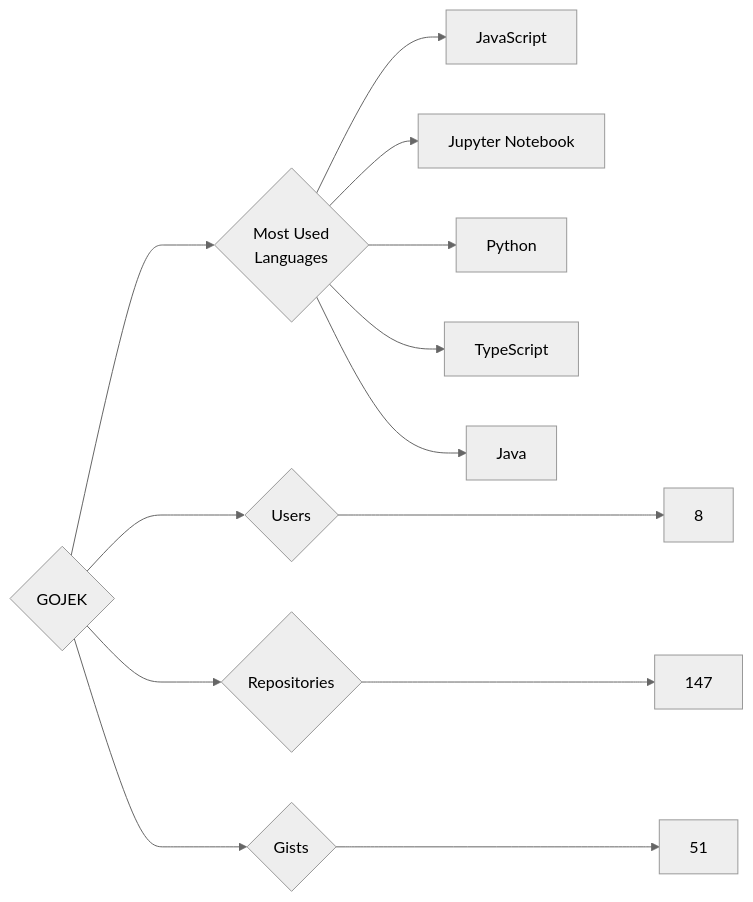
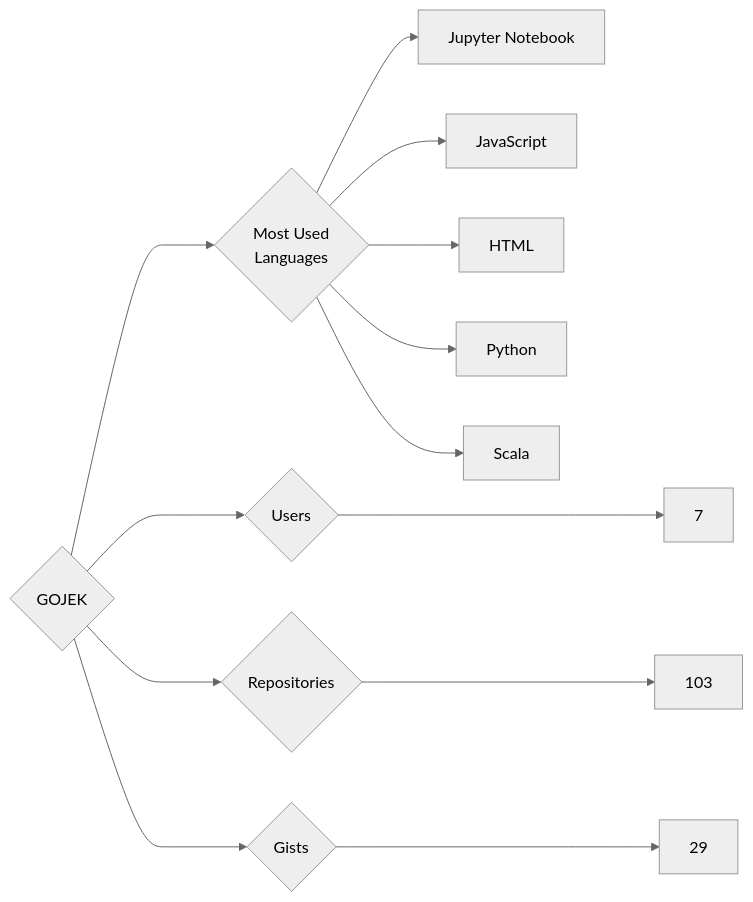
The diagram in targets/GOJEK/README.md (trickest/insiders), drawn with Mermaid (neutral theme) before and after one commit. The commit also changed 1141 other files, not shown here.

````diff
--- a/targets/GOJEK/README.md
+++ b/targets/GOJEK/README.md
@@ -3,13 +3,13 @@
 ```mermaid
 graph LR
 COMPANY_NAME{GOJEK}
-COMPANY_NAME ---> U{Users} ---> UN[8]
-COMPANY_NAME ---> R{Repositories} ---> RN[147]
-COMPANY_NAME ---> G{Gists} ---> GN[51]
+COMPANY_NAME ---> U{Users} ---> UN[7]
+COMPANY_NAME ---> R{Repositories} ---> RN[103]
+COMPANY_NAME ---> G{Gists} ---> GN[29]
 COMPANY_NAME ---> ML{Most Used<br>Languages}
+ML --> Jupyter_Notebook[Jupyter Notebook]
 ML --> JavaScript[JavaScript]
-ML --> Jupyter_Notebook[Jupyter Notebook]
+ML --> HTML[HTML]
 ML --> Python[Python]
-ML --> TypeScript[TypeScript]
-ML --> Java[Java]
+ML --> Scala[Scala]
 ```
````
